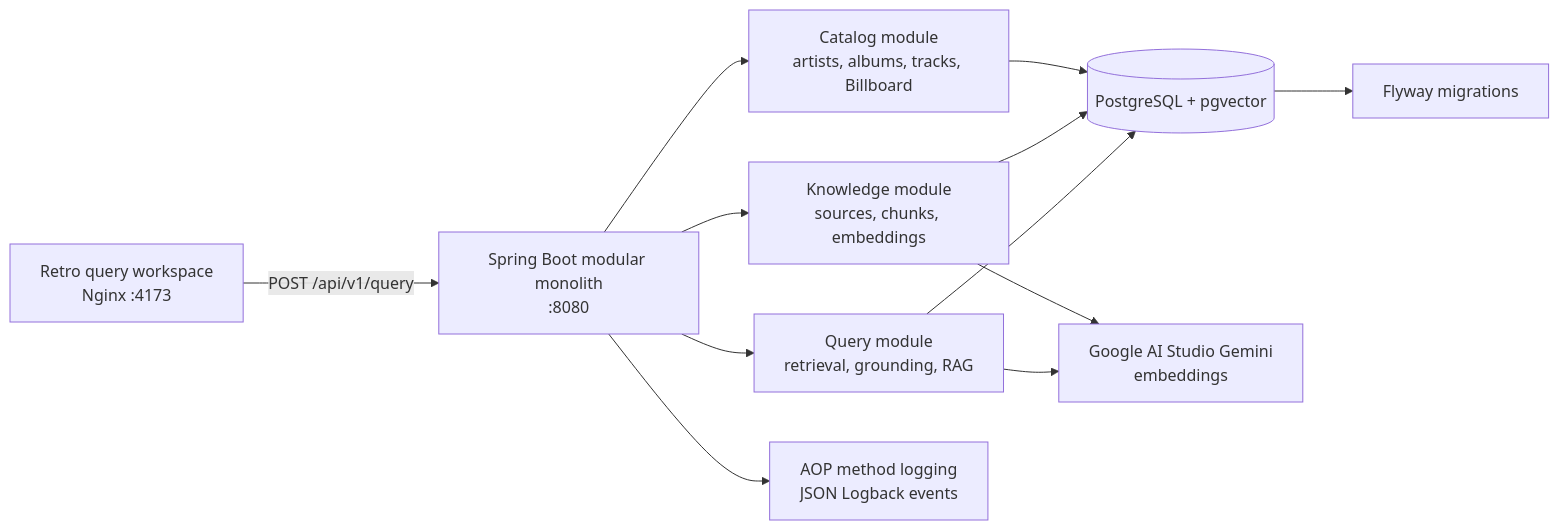
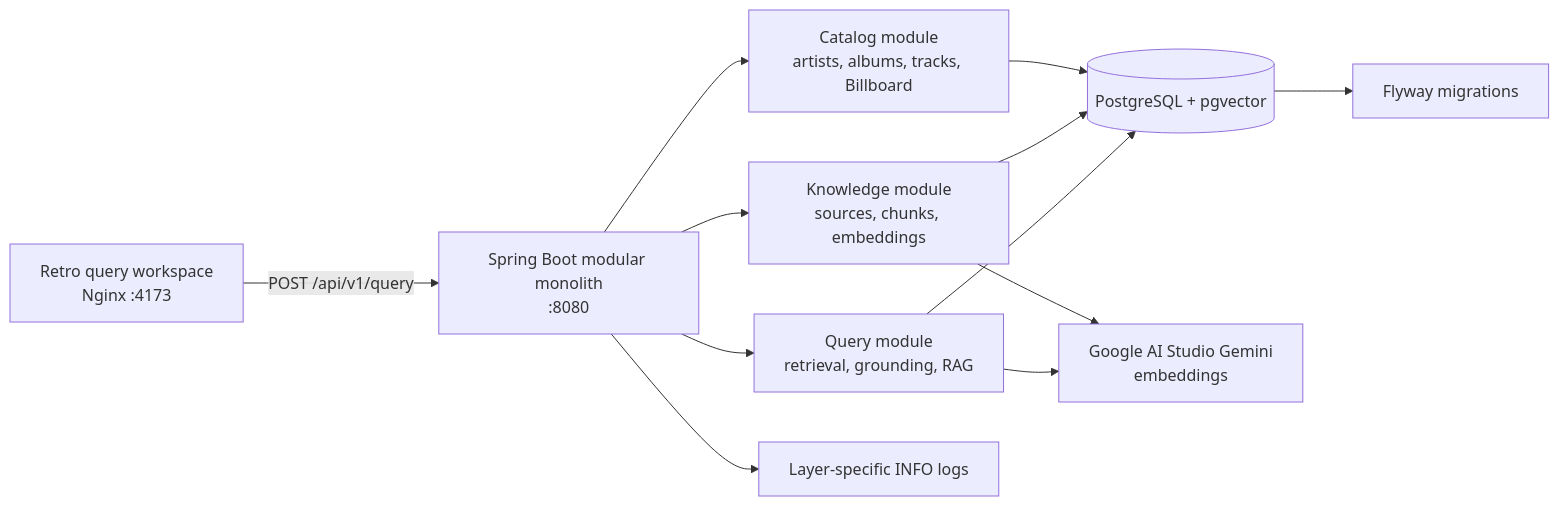
One commit to mark-sndp/music-knowledge-assistant changed the first of 2 diagrams in README.md. Above: the diagram before and after it, drawn with Mermaid. The commit also changed other lines of this file and 13 other files, not shown here.

````diff
--- a/README.md
+++ b/README.md
@@ -21,14 +21,14 @@
 ```mermaid
 flowchart LR
 	Browser[Retro query workspace\nNginx :4173] -->|POST /api/v1/query| API[Spring Boot modular monolith\n:8080]
 	API --> Catalog[Catalog module\nartists, albums, tracks, Billboard]
 	API --> Knowledge[Knowledge module\nsources, chunks, embeddings]
 	API --> Query[Query module\nretrieval, grounding, RAG]
-	API --> Observability[AOP method logging\nJSON Logback events]
+	API --> Observability[Layer-specific INFO logs]
 	Catalog --> DB[(PostgreSQL + pgvector)]
 	Knowledge --> DB
 	Query --> DB
 	Knowledge --> Gemini[Google AI Studio Gemini\nembeddings]
 	Query --> Gemini
 	DB --> Migrations[Flyway migrations]
 ```
````
